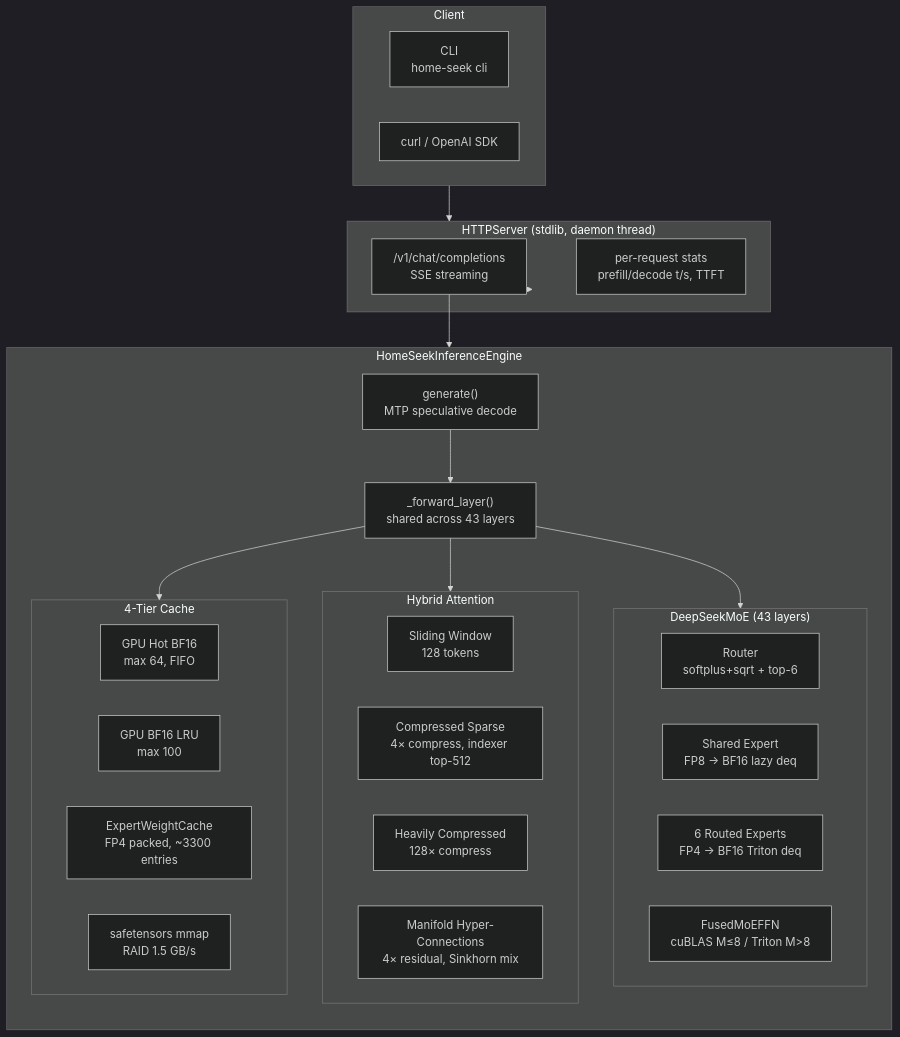
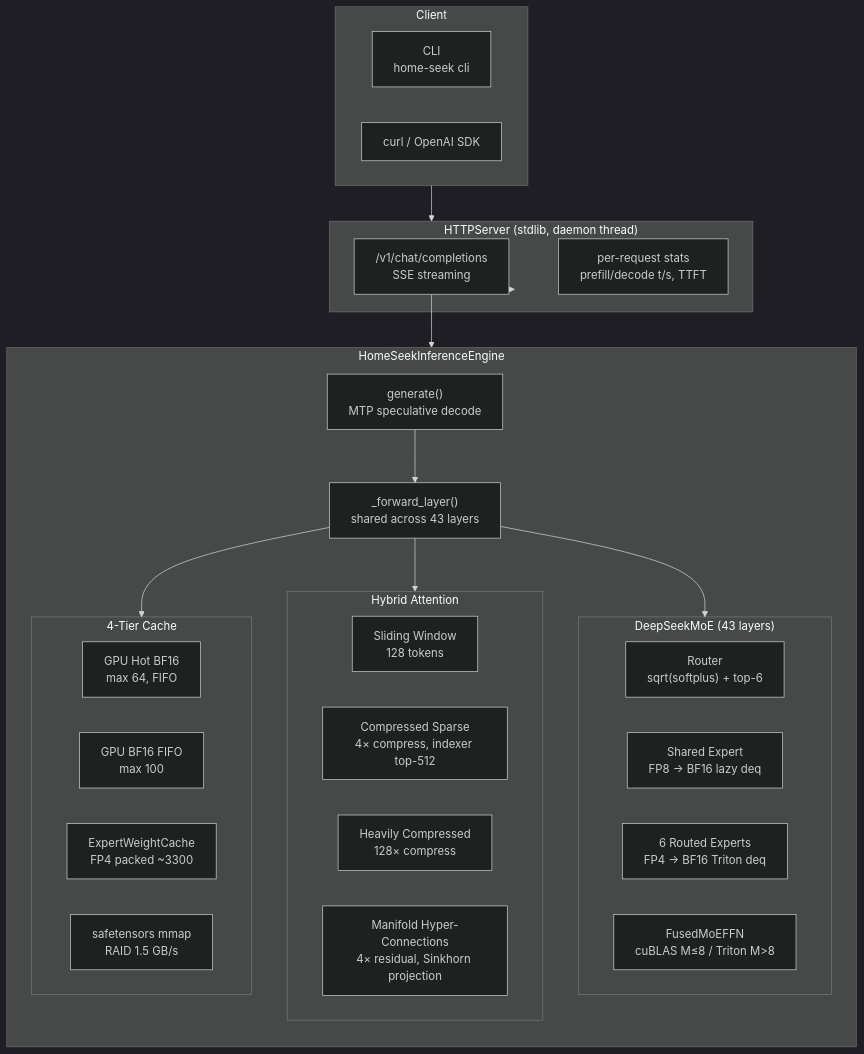
Before and after one commit to QingGo/home-seek: the first of 3 diagrams in README_EN.md, drawn with Mermaid (dark theme). The commit also changed other lines of this file and 1 other file, not shown here.

````diff
--- a/README_EN.md
+++ b/README_EN.md
@@ -32,46 +32,46 @@
 ```mermaid
 graph TB
     subgraph Client["Client"]
         CLI["CLI<br/>home-seek cli"]
         API["curl / OpenAI SDK"]
     end
 
     subgraph Server["HTTPServer (stdlib, daemon thread)"]
         Chat["/v1/chat/completions<br/>SSE streaming"]
         Stats["per-request stats<br/>prefill/decode t/s, TTFT"]
     end
 
     subgraph Engine["HomeSeekInferenceEngine"]
         direction TB
         Gen["generate()<br/>MTP speculative decode"]
         Fwd["_forward_layer()<br/>shared across 43 layers"]
 
         subgraph Attn["Hybrid Attention"]
             SWA["Sliding Window<br/>128 tokens"]
             CSA["Compressed Sparse<br/>4× compress, indexer top-512"]
             HCA["Heavily Compressed<br/>128× compress"]
-            MHC["Manifold Hyper-Connections<br/>4× residual, Sinkhorn mix"]
+            MHC["Manifold Hyper-Connections<br/>4× residual, Sinkhorn projection"]
         end
 
         subgraph MoE["DeepSeekMoE (43 layers)"]
-            Router["Router<br/>softplus+sqrt + top-6"]
+            Router["Router<br/>sqrt(softplus) + top-6"]
             Shared["Shared Expert<br/>FP8 → BF16 lazy deq"]
             Routed["6 Routed Experts<br/>FP4 → BF16 Triton deq"]
             FusedFFN["FusedMoEFFN<br/>cuBLAS M≤8 / Triton M>8"]
         end
 
         subgraph Cache["4-Tier Cache"]
             GPUHot["GPU Hot BF16<br/>max 64, FIFO"]
-            GPUBF16["GPU BF16 LRU<br/>max 100"]
-            CPUFP4["ExpertWeightCache<br/>FP4 packed, ~3300 entries"]
+            GPUBF16["GPU BF16 FIFO<br/>max 100"]
+            CPUFP4["ExpertWeightCache<br/>FP4 packed ~3300"]
             Disk["safetensors mmap<br/>RAID 1.5 GB/s"]
         end
     end
 
     Client --> Server
     Server --> Chat --> Gen
     Gen --> Fwd
     Fwd --> Attn
     Fwd --> MoE
     Fwd --> Cache
 ```
````
